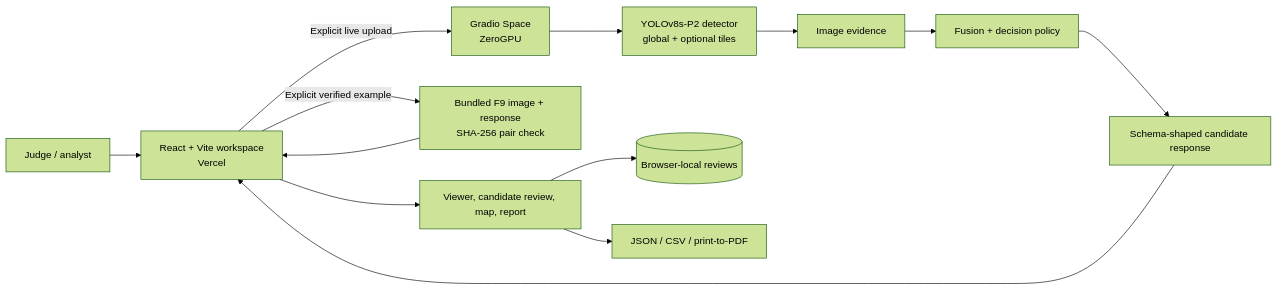
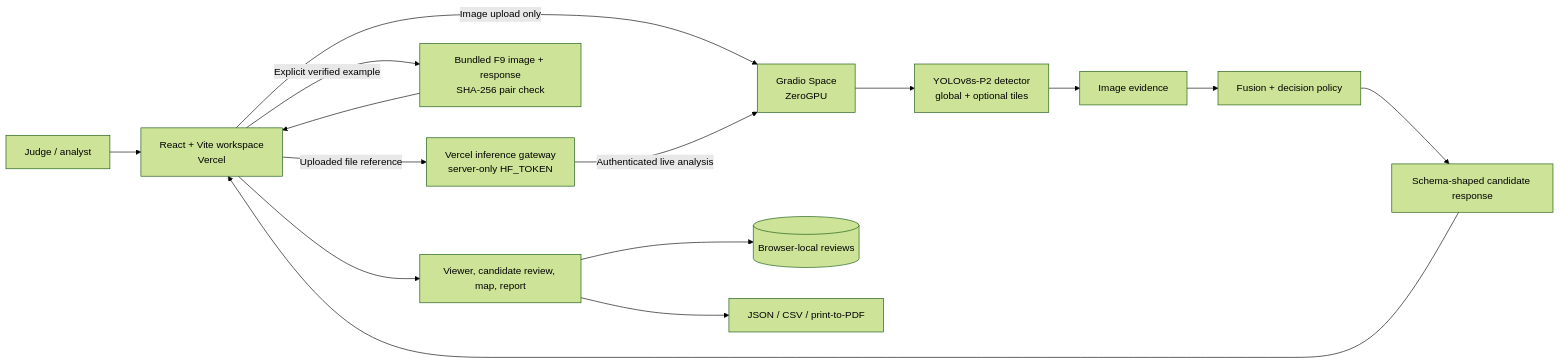
One commit to anugrahks19/SonarShield changed the diagram in README.md. Above: the diagram before and after it, drawn with Mermaid (forest theme). The commit also changed other lines of this file and 22 other files, not shown here.

Commit message:
Authenticate Space inference through a secure Vercel gateway

````diff
--- a/README.md
+++ b/README.md
@@ -17,15 +17,17 @@
 ```mermaid
 flowchart LR
     J[Judge / analyst] --> UI[React + Vite workspace<br/>Vercel]
-    UI -->|Explicit live upload| G[Gradio Space<br/>ZeroGPU]
+    UI -->|Image upload only| G[Gradio Space<br/>ZeroGPU]
+    UI -->|Uploaded file reference| GW[Vercel inference gateway<br/>server-only HF_TOKEN]
+    GW -->|Authenticated live analysis| G
     G --> D[YOLOv8s-P2 detector<br/>global + optional tiles]
     D --> E[Image evidence]
     E --> F[Fusion + decision policy]
     F --> R[Schema-shaped candidate response]
     R --> UI
     UI -->|Explicit verified example| B[Bundled F9 image + response<br/>SHA-256 pair check]
     B --> UI
     UI --> V[Viewer, candidate review, map, report]
     V --> L[(Browser-local reviews)]
     V --> X[JSON / CSV / print-to-PDF]
 ```
````
